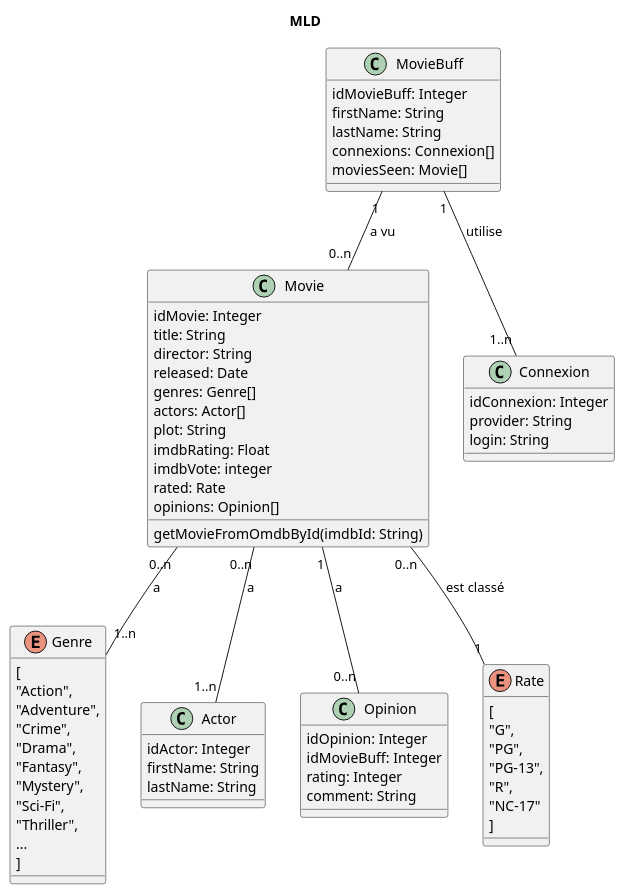
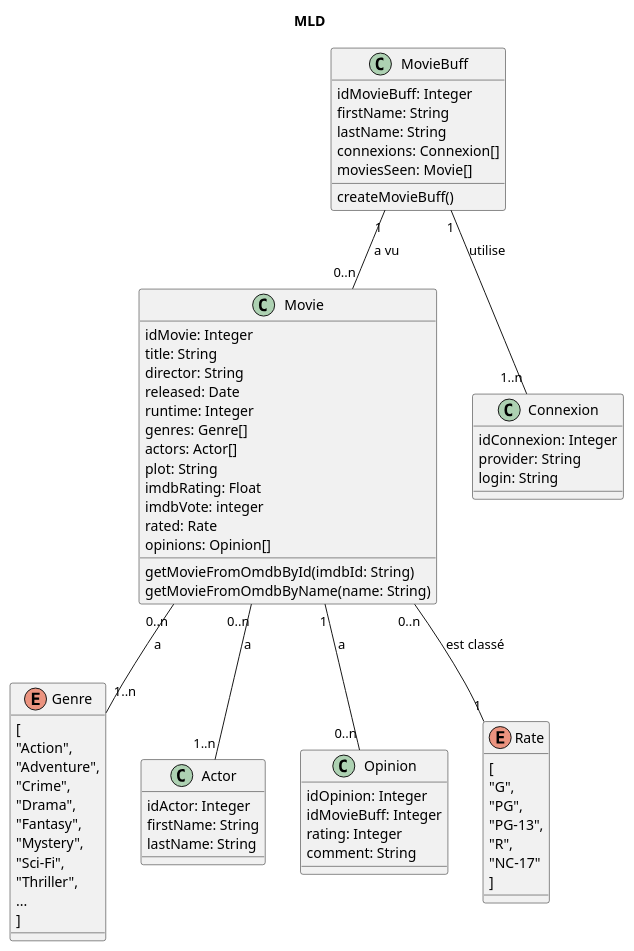
One commit to SylvainSimplonGit/red-thread changed the second of 2 diagrams in documentation/model.puml. Above: the diagram before and after it, drawn with PlantUML.

Commit message:
Update model

```diff
--- a/documentation/model.puml
+++ b/documentation/model.puml
@@ -35,77 +35,83 @@
 @startuml
 title MLD
 
 Movie                 "0..n" -- "1..n"     Genre : a
 Movie                 "0..n" -- "1..n"     Actor : a
 Movie                 "1"    -- "0..n"     Opinion : a
 Movie                 "0..n" -- "1"        Rate : est classé
 MovieBuff             "1"    -- "1..n"     Connexion : utilise
 MovieBuff             "1"    -- "0..n"     Movie : a vu
 
 class Movie {
   idMovie: Integer
   title: String
   director: String
   released: Date
+  runtime: Integer
   genres: Genre[]
   actors: Actor[]
   plot: String
   imdbRating: Float
   imdbVote: integer
   rated: Rate
   opinions: Opinion[]
+
   getMovieFromOmdbById(imdbId: String)
+  getMovieFromOmdbByName(name: String)
 }
 
 enum Genre {
   [
     "Action",
     "Adventure",
     "Crime",
     "Drama",
     "Fantasy",
     "Mystery",
     "Sci-Fi",
     "Thriller",
     ...
   ]
 }
 
 enum Rate {
   [
     "G",
     "PG",
     "PG-13",
     "R",
     "NC-17"
   ]
 }
 
 class Actor {
   idActor: Integer
   firstName: String
   lastName: String
 }
 
 class MovieBuff {
   idMovieBuff: Integer
   firstName: String
   lastName: String
   connexions: Connexion[] 
   moviesSeen: Movie[]
+
+  createMovieBuff()
+
 }
 
 class Connexion {
   idConnexion: Integer
   provider: String
   login: String
 }
 
 class Opinion {
   idOpinion: Integer
   idMovieBuff: Integer
   rating: Integer
   comment: String
 }
 
 @enduml
```
